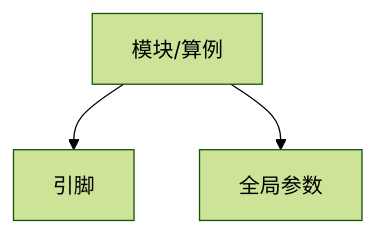
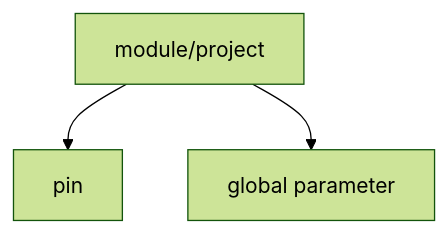
One commit to CloudPSS/docs changed the second of 2 diagrams in source/en/features/ParameterSystem.md. Above: the diagram before and after it, drawn with Mermaid (forest theme). The commit also changed other lines of this file and 156 other files, not shown here.

````diff
--- a/source/en/features/ParameterSystem.md
+++ b/source/en/features/ParameterSystem.md
@@ -35,5 +35,5 @@
 ```mermaid 
 graph TD
-L[模块/算例] --> N[引脚]
-L --> M[全局参数] 
+L[module/project] --> N[pin]
+L --> M[global parameter] 
 ``` 
````
